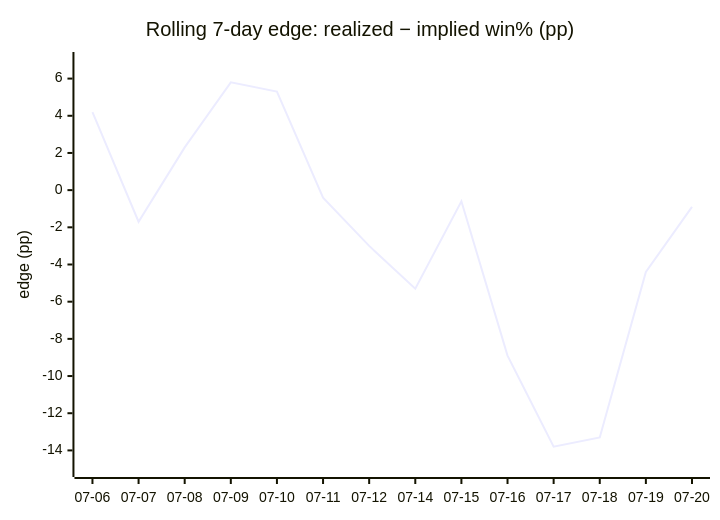
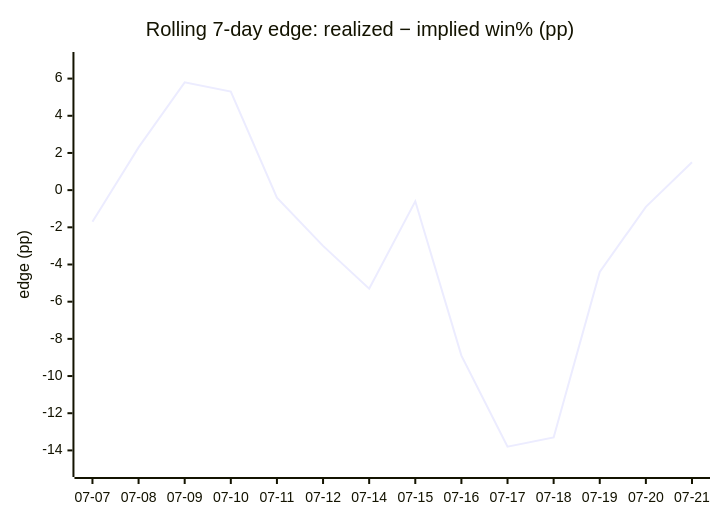
One commit to dpk1212/nhl-savant changed the fourth of 4 diagrams in DAILY_AGSU_REPORT.md. Above: the diagram before and after it, drawn with Mermaid. The commit also changed other lines of this file, not shown here.

````diff
--- a/DAILY_AGSU_REPORT.md
+++ b/DAILY_AGSU_REPORT.md
@@ -724,7 +721,7 @@
 ```mermaid
 xychart-beta
     title "Rolling 7-day edge: realized − implied win% (pp)"
-    x-axis ["07-06", "07-07", "07-08", "07-09", "07-10", "07-11", "07-12", "07-14", "07-15", "07-16", "07-17", "07-18", "07-19", "07-20"]
+    x-axis ["07-07", "07-08", "07-09", "07-10", "07-11", "07-12", "07-14", "07-15", "07-16", "07-17", "07-18", "07-19", "07-20", "07-21"]
     y-axis "edge (pp)" -15 --> 7
-    line [4.2, -1.7, 2.3, 5.8, 5.3, -0.4, -3, -5.3, -0.6, -8.9, -13.8, -13.3, -4.4, -0.9]
+    line [-1.7, 2.3, 5.8, 5.3, -0.4, -3, -5.3, -0.6, -8.9, -13.8, -13.3, -4.4, -0.9, 1.5]
 ```
````
